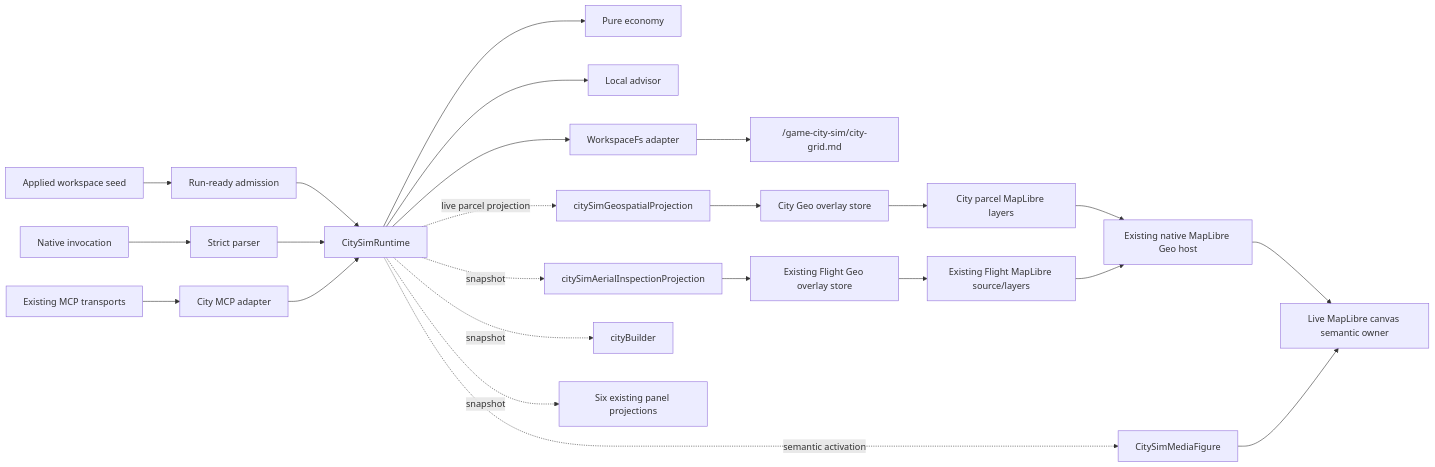
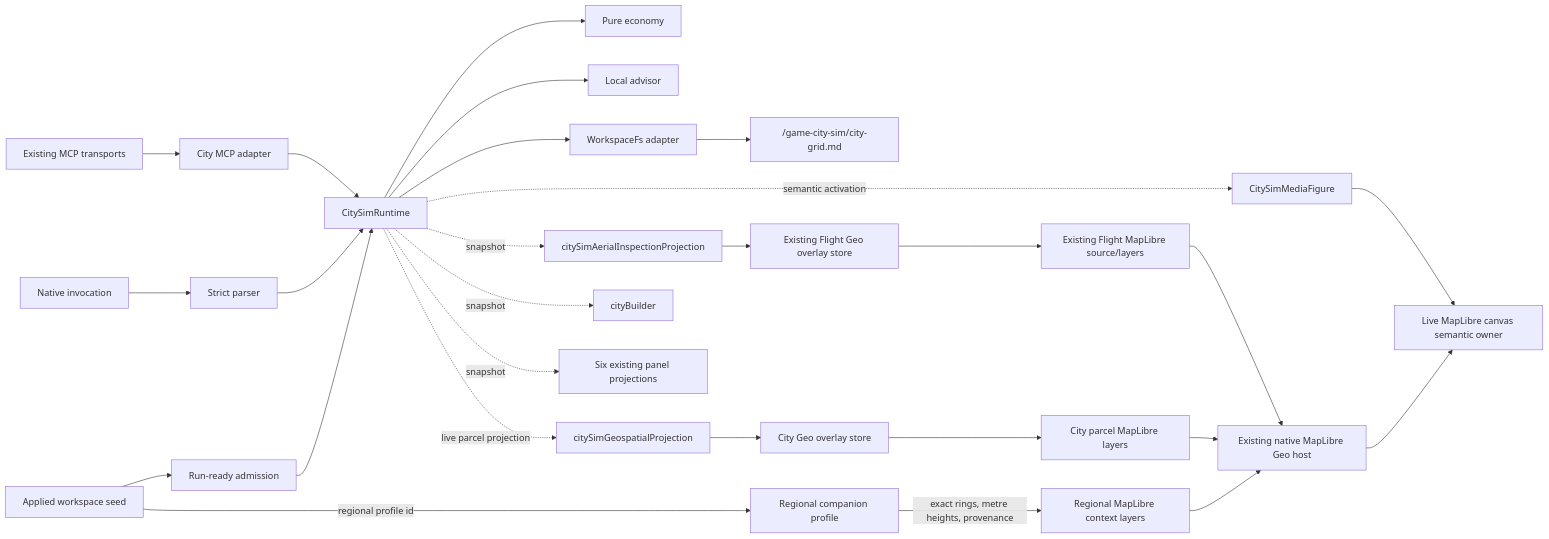
One commit to huijoohwee/agentic-graph changed the first of 2 diagrams in .kiro/specs/knowgrph-city-building-sim/design.md. Above: the diagram before and after it, drawn with Mermaid. The commit also changed other lines of this file and 39 other files, not shown here.

````diff
--- a/.kiro/specs/knowgrph-city-building-sim/design.md
+++ b/.kiro/specs/knowgrph-city-building-sim/design.md
@@ -52,26 +57,29 @@
 ```mermaid
 flowchart LR
   Source["Applied workspace seed"] --> Admission["Run-ready admission"]
   Invocation["Native invocation"] --> Parser["Strict parser"]
   MCP["Existing MCP transports"] --> Adapter["City MCP adapter"]
   Admission --> Runtime["CitySimRuntime"]
   Parser --> Runtime
   Adapter --> Runtime
   Runtime --> Tick["Pure economy"]
   Runtime --> Advisor["Local advisor"]
   Runtime --> Persistence["WorkspaceFs adapter"]
   Persistence --> Document["/game-city-sim/city-grid.md"]
   Runtime -. semantic activation .-> Figure["CitySimMediaFigure"]
+  Source -->|regional profile id| RegionalProfile["Regional companion profile"]
+  RegionalProfile -->|exact rings, metre heights, provenance| RegionalLayers["Regional MapLibre context layers"]
+  RegionalLayers --> Geo["Existing native MapLibre Geo host"]
   Runtime -. live parcel projection .-> CityProjection["citySimGeospatialProjection"]
   CityProjection --> CityStore["City Geo overlay store"]
   CityStore --> CityLayers["City parcel MapLibre layers"]
-  CityLayers --> Geo["Existing native MapLibre Geo host"]
+  CityLayers --> Geo
   Runtime -. snapshot .-> Aerial["citySimAerialInspectionProjection"]
   Aerial --> FlightStore["Existing Flight Geo overlay store"]
   FlightStore --> FlightLayers["Existing Flight MapLibre source/layers"]
   FlightLayers --> Geo
   Geo --> Canvas["Live MapLibre canvas semantic owner"]
   Figure --> Canvas
   Runtime -. snapshot .-> Builder["cityBuilder"]
   Runtime -. snapshot .-> Projections["Six existing panel projections"]
 ```
````
